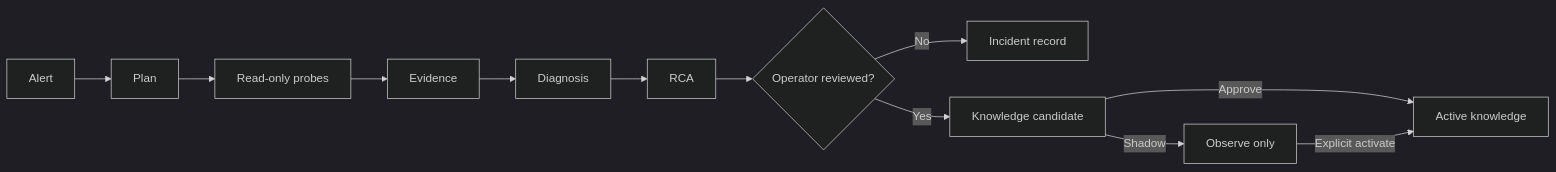
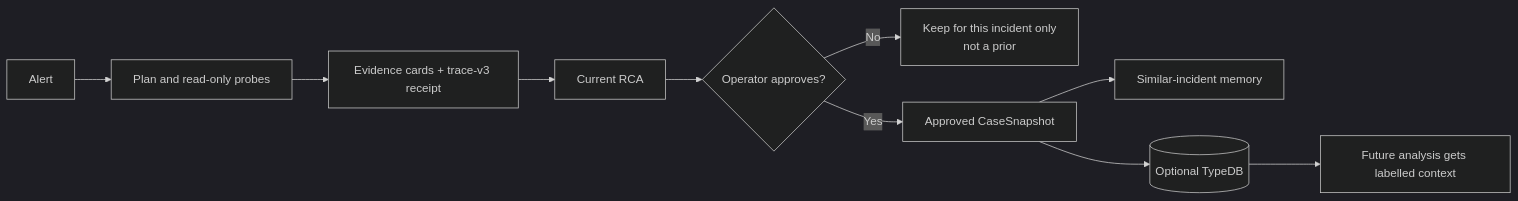
The first of 3 diagrams in docs/LEARNING-AND-ONTOLOGY.md (uclix-nvidia-sw/runaiRCA), drawn with Mermaid (dark theme) before and after one commit. The commit also changed other lines of this file and 5 other files, not shown here.

````diff
--- a/docs/LEARNING-AND-ONTOLOGY.md
+++ b/docs/LEARNING-AND-ONTOLOGY.md
@@ -18,10 +22,12 @@
 ```mermaid
 flowchart LR
-  A[Alert] --> B[Plan] --> C[Read-only probes] --> D[Evidence] --> E[Diagnosis] --> F[RCA]
-  F --> G{Operator reviewed?}
-  G -->|No| H[Incident record]
-  G -->|Yes| I[Knowledge candidate]
-  I -->|Shadow| J[Observe only]
-  I -->|Approve| K[Active knowledge]
-  J -->|Explicit activate| K
+  A[Alert] --> P[Plan and read-only probes]
+  P --> E[Evidence cards + trace-v3 receipt]
+  E --> R[Current RCA]
+  R --> O{Operator approves?}
+  O -->|No| X[Keep for this incident only\nnot a prior]
+  O -->|Yes| C[Approved CaseSnapshot]
+  C --> M[Similar-incident memory]
+  C --> T[(Optional TypeDB)]
+  T --> Q[Future analysis gets labelled context]
 ```
````
